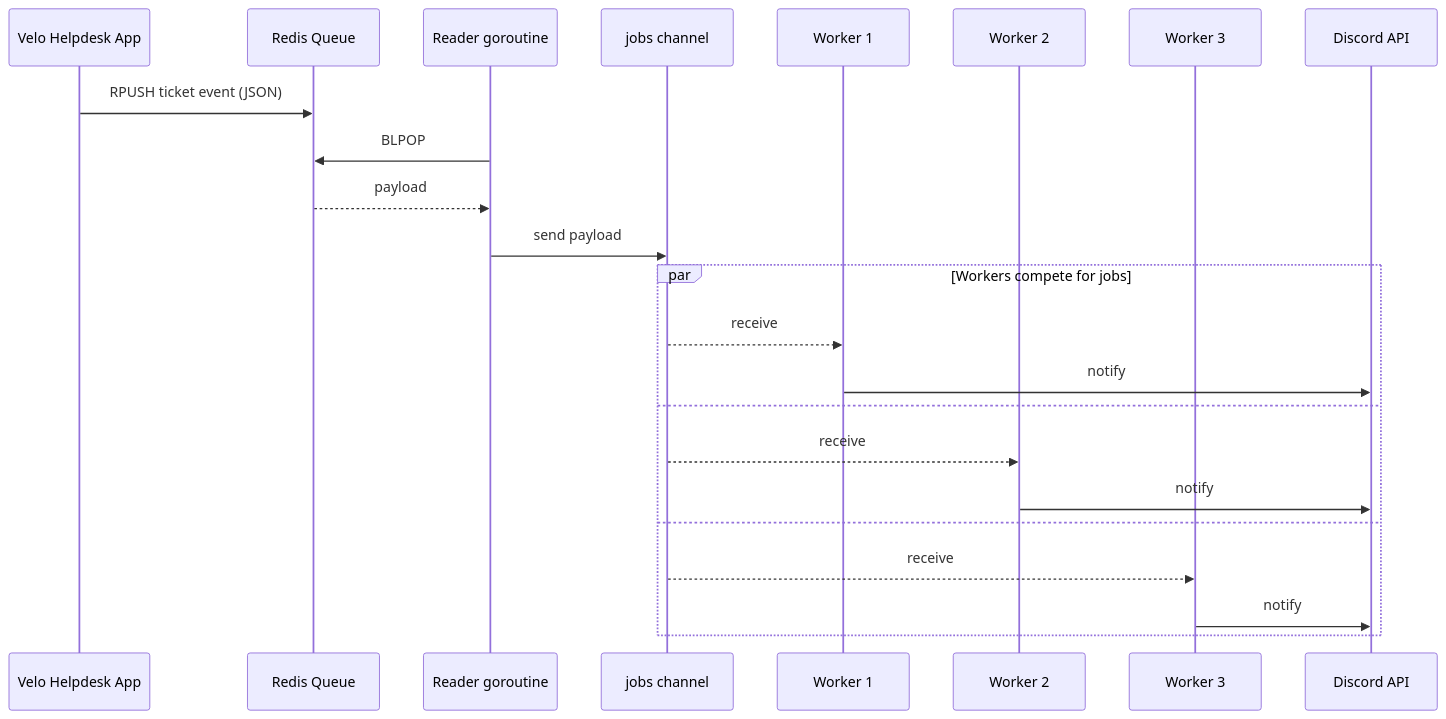
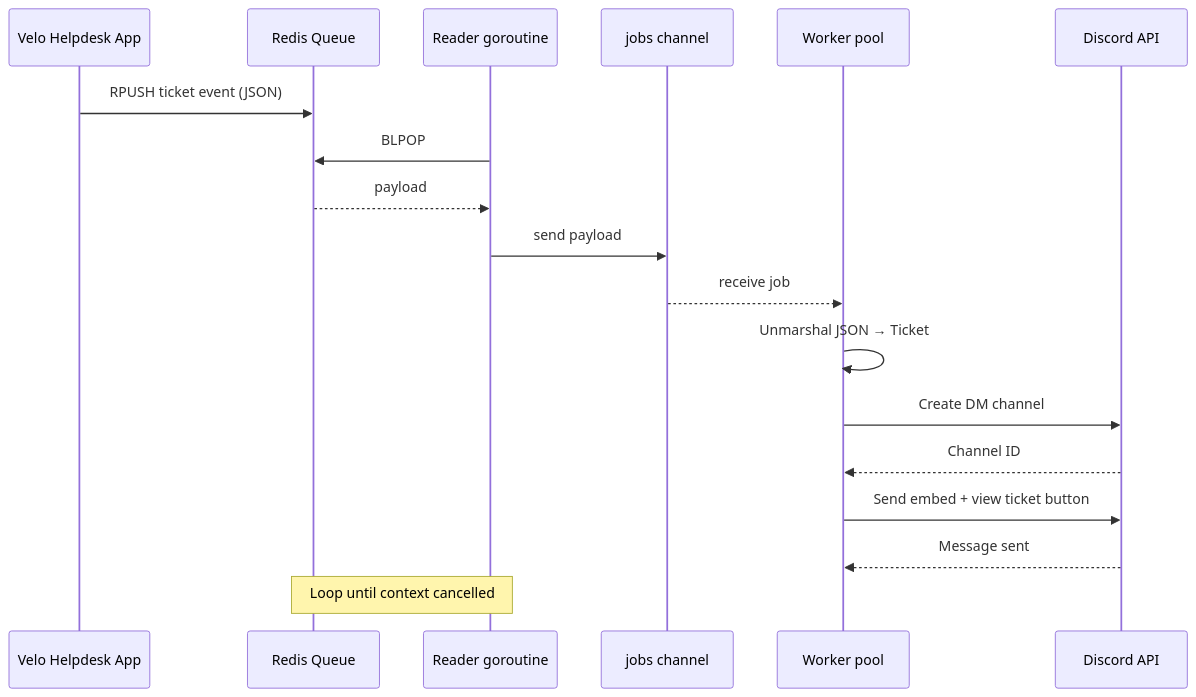
One commit to Samswrld02/Velo-Discord-Bot changed the diagram in README.md. Above: the diagram before and after it, drawn with Mermaid. The commit also changed other lines of this file, not shown here.

````diff
--- a/README.md
+++ b/README.md
@@ -99,27 +12,22 @@
 ```mermaid
 sequenceDiagram
     participant App as Velo Helpdesk App
     participant Redis as Redis Queue
     participant Reader as Reader goroutine
     participant Ch as jobs channel
-    participant W1 as Worker 1
-    participant W2 as Worker 2
-    participant W3 as Worker 3
+    participant Workers as Worker pool
     participant Discord as Discord API
 
     App->>Redis: RPUSH ticket event (JSON)
     Reader->>Redis: BLPOP
     Redis-->>Reader: payload
     Reader->>Ch: send payload
+    Ch-->>Workers: receive job
+    Workers->>Workers: Unmarshal JSON → Ticket
+    Workers->>Discord: Create DM channel
+    Discord-->>Workers: Channel ID
+    Workers->>Discord: Send embed + view ticket button
+    Discord-->>Workers: Message sent
 
-    par Workers compete for jobs
-        Ch-->>W1: receive
-        W1->>Discord: notify
-    and
-        Ch-->>W2: receive
-        W2->>Discord: notify
-    and
-        Ch-->>W3: receive
-        W3->>Discord: notify
-    end
+    Note over Reader,Redis: Loop until context cancelled
 ```
````
